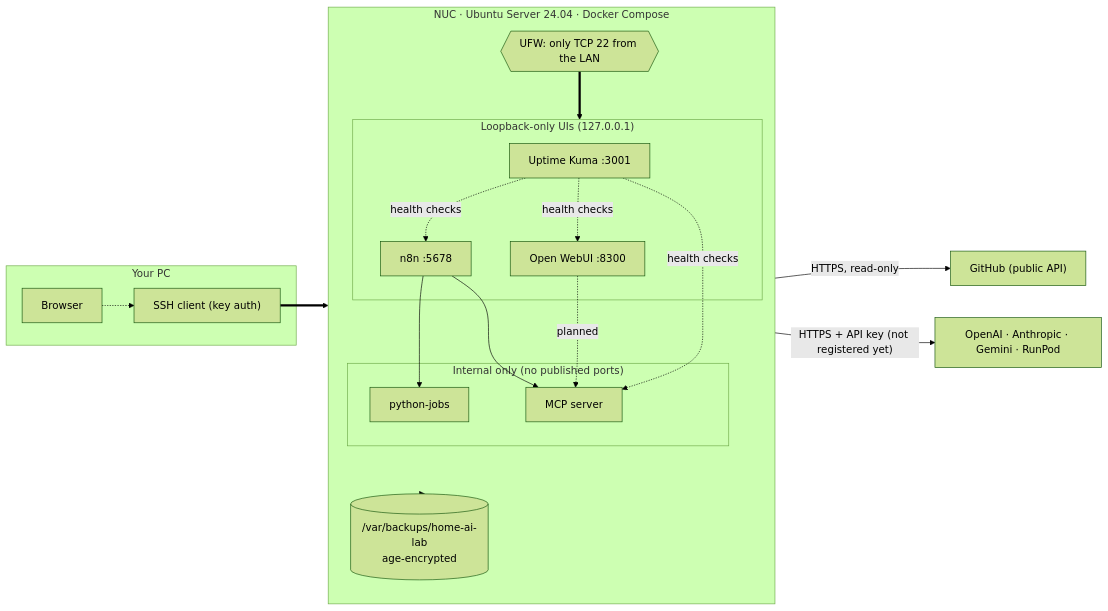
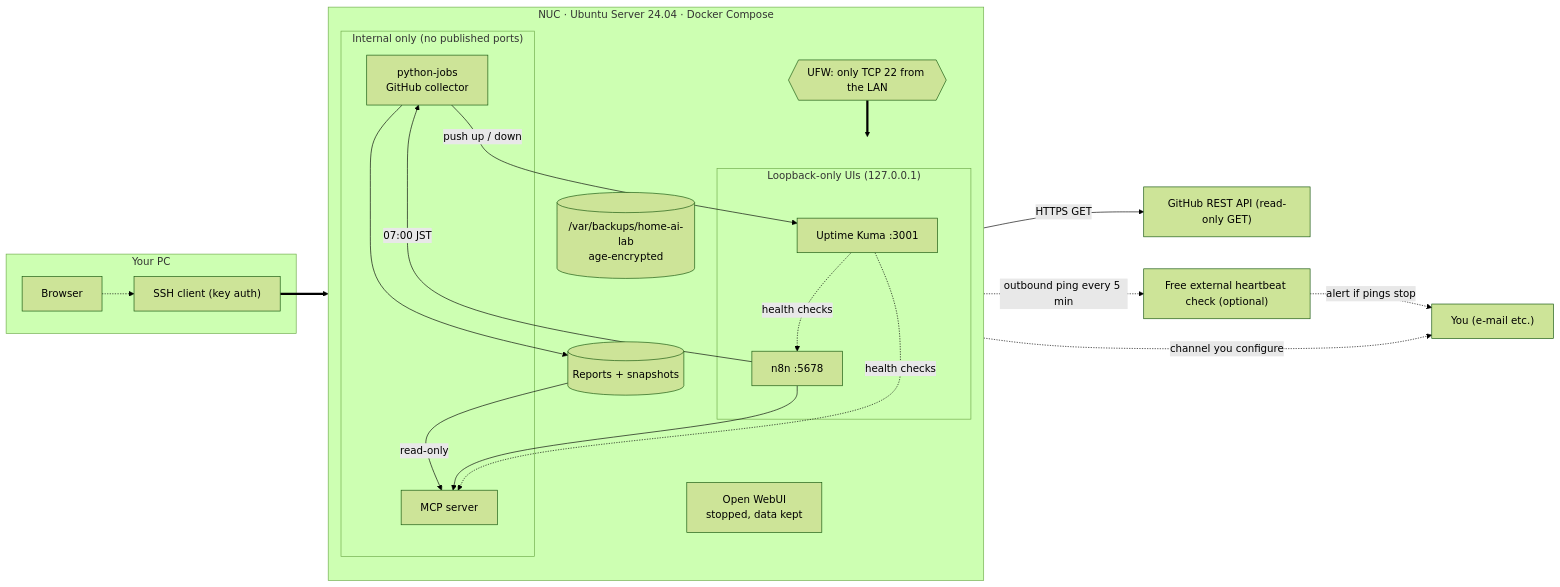
The first of 5 diagrams in docs/architecture.md (moruku36/home-ai-engineering-lab), drawn with Mermaid (forest theme) before and after one commit. The commit also changed other lines of this file and 32 other files, not shown here.

First line of the commit message:
feat: GitHub monitoring, daily report, alerts, ops runbook (zero extra cost)

````diff
--- a/docs/architecture.md
+++ b/docs/architecture.md
@@ -17,38 +17,43 @@
 ```mermaid
 flowchart LR
   subgraph PC["Your PC"]
     BR["Browser"]
     SSH["SSH client (key auth)"]
   end
 
   subgraph NUC["NUC · Ubuntu Server 24.04 · Docker Compose"]
     direction TB
     UFW{{"UFW: only TCP 22 from the LAN"}}
     subgraph UI["Loopback-only UIs (127.0.0.1)"]
       KUMA["Uptime Kuma :3001"]
       N8N["n8n :5678"]
-      OWUI["Open WebUI :8300"]
     end
     subgraph INT["Internal only (no published ports)"]
-      PJ["python-jobs"]
+      PJ["python-jobs<br/>GitHub collector"]
       MCP["MCP server"]
     end
+    RPT[("Reports + snapshots")]
     BK[("/var/backups/home-ai-lab<br/>age-encrypted")]
+    OWUI["Open WebUI<br/>stopped, data kept"]
   end
 
-  EXT1["GitHub (public API)"]
-  EXT2["OpenAI · Anthropic · Gemini · RunPod"]
+  GH["GitHub REST API (read-only GET)"]
+  HC["Free external heartbeat check (optional)"]
+  YOU["You (e-mail etc.)"]
 
   BR -.-> SSH
   SSH ==> UFW
   UFW ==> UI
-  N8N --> PJ
+  N8N -->|"07:00 JST"| PJ
+  PJ -->|"HTTPS GET"| GH
+  PJ --> RPT
+  RPT -->|"read-only"| MCP
   N8N --> MCP
-  PJ -->|"HTTPS, read-only"| EXT1
-  OWUI -->|"HTTPS + API key (not registered yet)"| EXT2
-  OWUI -.->|"planned"| MCP
+  PJ -->|"push up / down"| KUMA
   KUMA -.->|"health checks"| N8N
-  KUMA -.->|"health checks"| OWUI
   KUMA -.->|"health checks"| MCP
+  KUMA -.->|"channel you configure"| YOU
+  NUC -.->|"outbound ping every 5 min"| HC
+  HC -.->|"alert if pings stop"| YOU
   NUC -.-> BK
 ```
````
